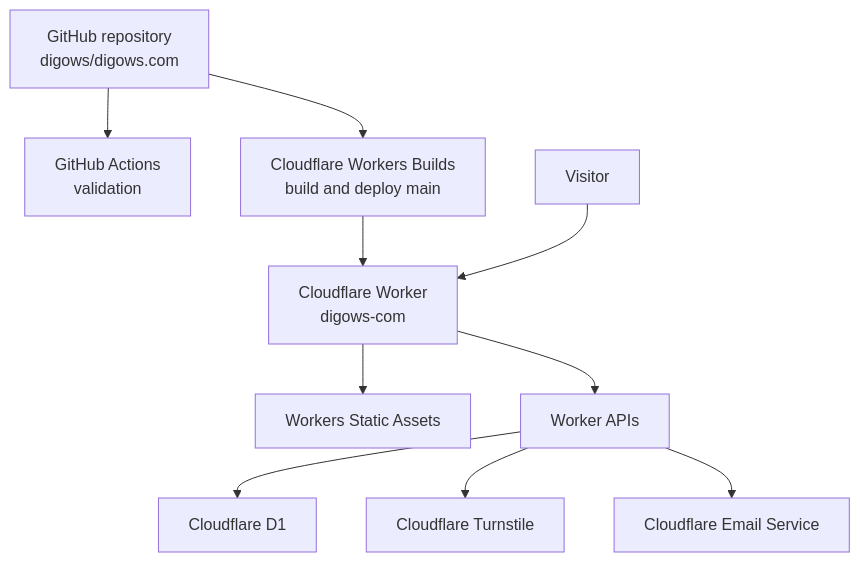
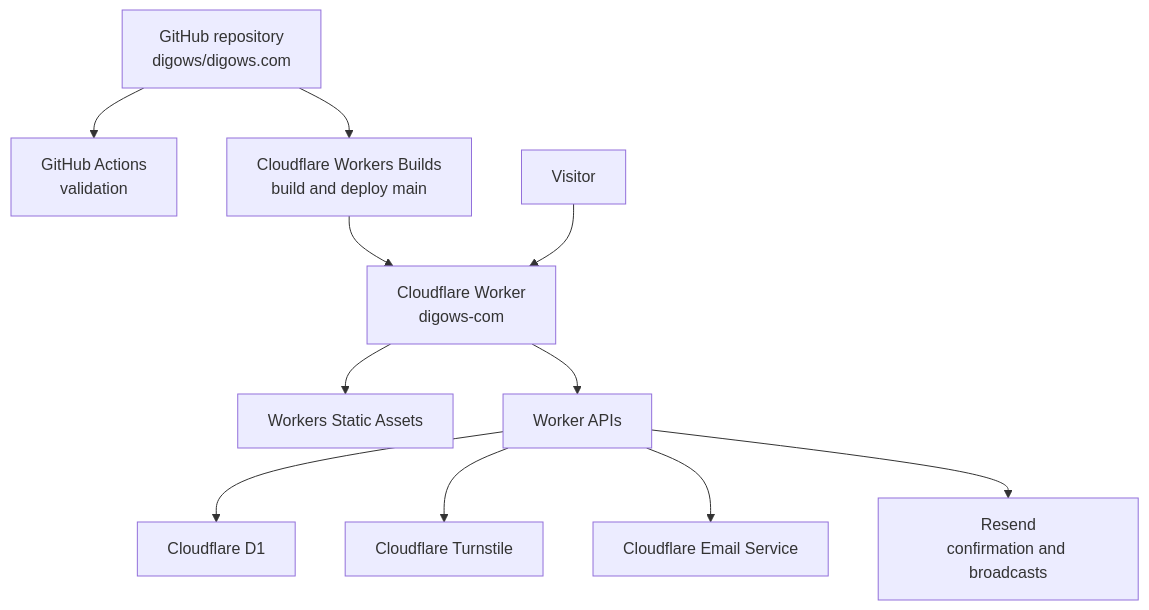
The diagram in docs/ARCHITECTURE.md (digows/digows.com), drawn with Mermaid before and after one commit. The commit also changed other lines of this file and 43 other files, not shown here.

````diff
--- a/docs/ARCHITECTURE.md
+++ b/docs/ARCHITECTURE.md
@@ -7,23 +7,25 @@
 ```mermaid
 flowchart TD
     GitHub["GitHub repository<br/>digows/digows.com"]
     Actions["GitHub Actions<br/>validation"]
     Builds["Cloudflare Workers Builds<br/>build and deploy main"]
     Worker["Cloudflare Worker<br/>digows-com"]
     Assets["Workers Static Assets"]
     API["Worker APIs"]
     D1["Cloudflare D1"]
     Turnstile["Cloudflare Turnstile"]
     Email["Cloudflare Email Service"]
+    Resend["Resend<br/>confirmation and broadcasts"]
     Visitor["Visitor"]
 
     GitHub --> Actions
     GitHub --> Builds
     Builds --> Worker
     Visitor --> Worker
     Worker --> Assets
     Worker --> API
     API --> D1
     API --> Turnstile
     API --> Email
+    API --> Resend
 ```
````
